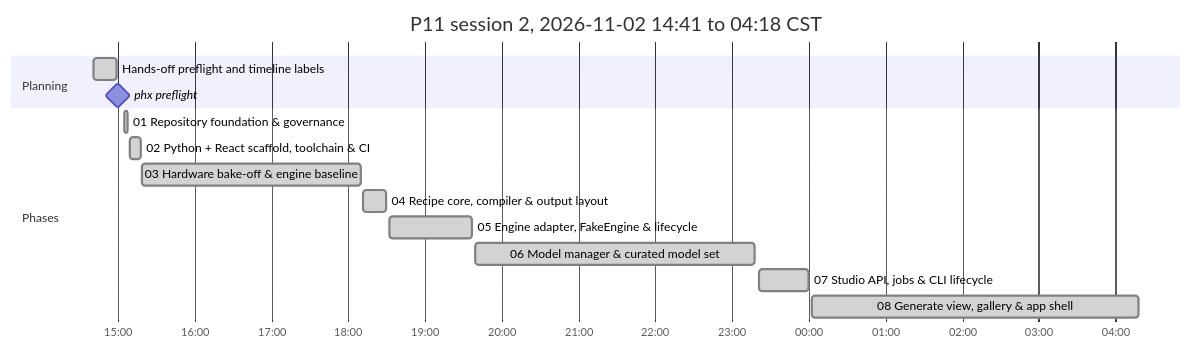
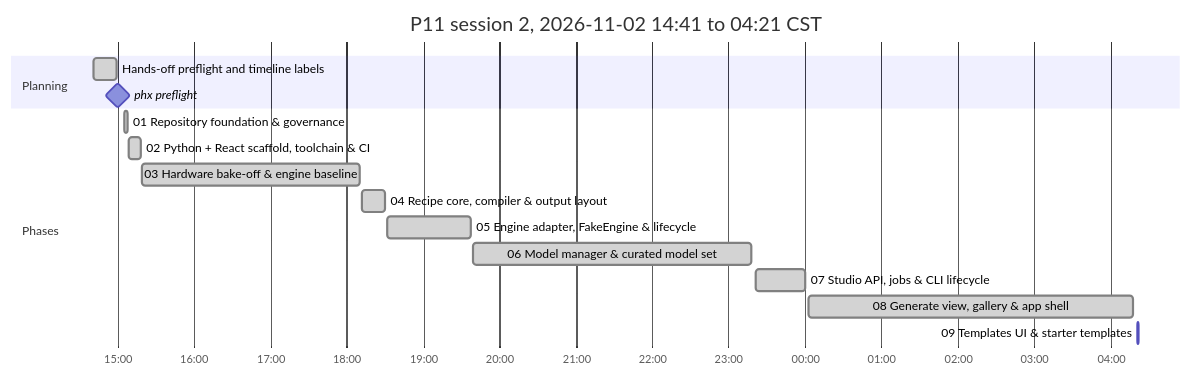
One commit to antonizick/project1111 changed the second of 2 diagrams in P11_IMPLEMENTATION_PLAN.md. Above: the diagram before and after it, drawn with Mermaid. The commit also changed other lines of this file and 1 other file, not shown here.

Commit message:
docs(plan): refresh timeline

````diff
--- a/P11_IMPLEMENTATION_PLAN.md
+++ b/P11_IMPLEMENTATION_PLAN.md
@@ -74,18 +74,19 @@
 ```mermaid
 gantt
-    title P11 session 2, 2026-11-02 14:41 to 04:18 CST
+    title P11 session 2, 2026-11-02 14:41 to 04:21 CST
     dateFormat YYYY-MM-DD HH:mm
     axisFormat %H:%M
     section Planning
     Hands-off preflight and timeline labels :done, plan3, 2026-11-02 14:41, 2026-11-02 14:59
     phx preflight :milestone, pf13ee0d5, 2026-11-02 15:00, 0m
     section Phases
     01 Repository foundation & governance :done, p01s2, 2026-11-02 15:05, 2026-11-02 15:08
     02 Python + React scaffold, toolchain & CI :done, p02s2, 2026-11-02 15:09, 2026-11-02 15:18
     03 Hardware bake-off & engine baseline :done, p03s2, 2026-11-02 15:19, 2026-11-02 18:10
     04 Recipe core, compiler & output layout :done, p04s2, 2026-11-02 18:12, 2026-11-02 18:30
     05 Engine adapter, FakeEngine & lifecycle :done, p05s2, 2026-11-02 18:32, 2026-11-02 19:37
     06 Model manager & curated model set :done, p06s2, 2026-11-02 19:39, 2026-11-02 23:18
     07 Studio API, jobs & CLI lifecycle :done, p07s2, 2026-11-02 23:21, 2026-11-03 00:00
     08 Generate view, gallery & app shell :done, p08s2, 2026-11-03 00:03, 2026-11-03 04:18
+    09 Templates UI & starter templates :active, p09s2, 2026-11-03 04:21, 2026-11-03 04:22
 ```
````
